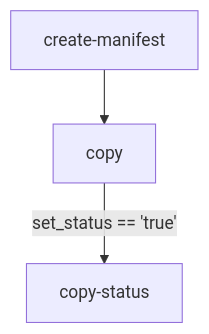
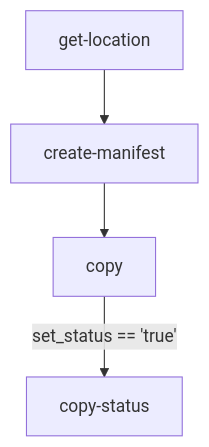
The third of 4 diagrams in workflows/storage/README.md (linz/topo-workflows), drawn with Mermaid before and after one commit. The commit also changed other lines of this file and 4 other files, not shown here.

Commit message:
feat: pass `--action-location` to `create-manifest` TDE-1693

````diff
--- a/workflows/storage/README.md
+++ b/workflows/storage/README.md
@@ -71,4 +71,4 @@
 ```mermaid
 graph TD;
-  create-manifest-->copy-->|set_status == 'true'|copy-status;
+  get-location-->create-manifest-->copy-->|set_status == 'true'|copy-status;
 ```
````
